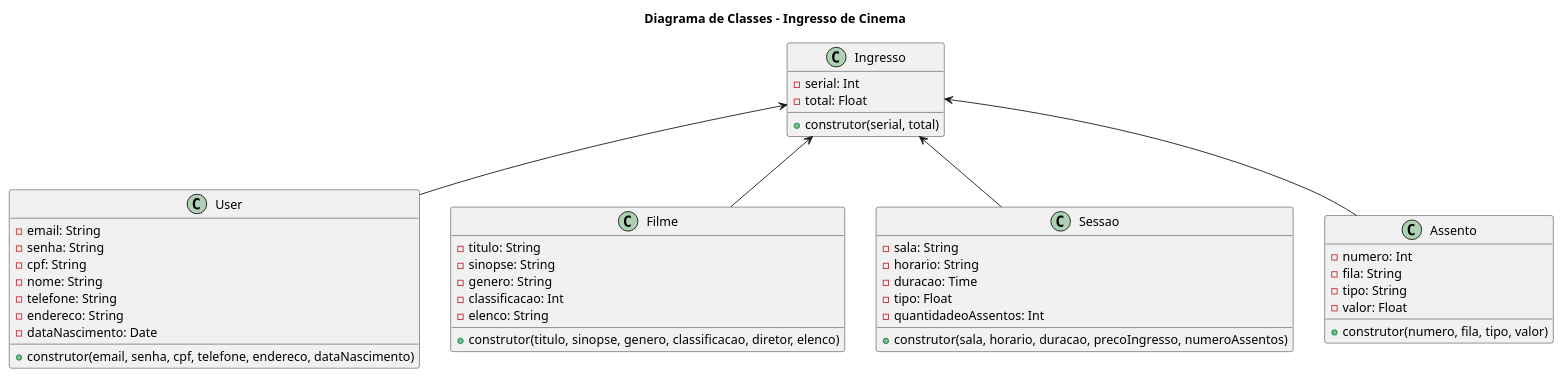
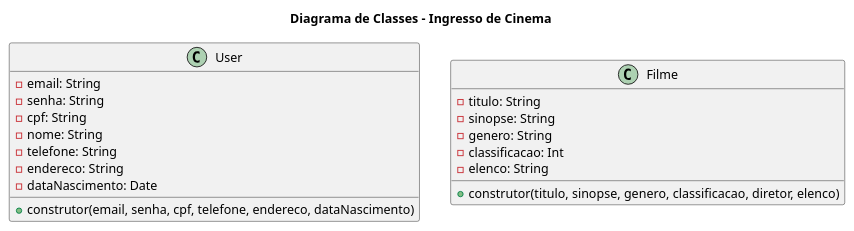
Before and after one commit to anleaes/2023-1-N1-POO-02: the diagram in N1_POO/diagrama_cinema.plantuml, drawn with PlantUML.

```diff
--- a/N1_POO/diagrama_cinema.plantuml
+++ b/N1_POO/diagrama_cinema.plantuml
@@ -1,56 +1,27 @@
 @startuml Ingresso
 
 title Diagrama de Classes - Ingresso de Cinema
 
 
 class User{
     - email: String
     - senha: String
     - cpf: String
     - nome: String
     - telefone: String
     - endereco: String
     - dataNascimento: Date
     + construtor(email, senha, cpf, telefone, endereco, dataNascimento)
 }
 
 class Filme{
     - titulo: String
     - sinopse: String
     - genero: String
     - classificacao: Int
     - elenco: String
     + construtor(titulo, sinopse, genero, classificacao, diretor, elenco)
 }
 
-class Sessao{
-    - sala: String
-    - horario: String
-    - duracao: Time
-    - tipo: Float
-    - quantidadeoAssentos: Int
-    + construtor(sala, horario, duracao, precoIngresso, numeroAssentos)
-}
-
-class Assento{
-    - numero: Int
-    - fila: String
-    - tipo: String
-    - valor: Float
-    + construtor(numero, fila, tipo, valor)
-}
-
-class Ingresso{
-    - serial: Int
-    - total: Float
-    + construtor(serial, total)
-}
-
-Ingresso <-- User
-Ingresso <-- Filme
-Ingresso <-- Sessao
-Ingresso <-- Assento
-
-
 
 @enduml
```
